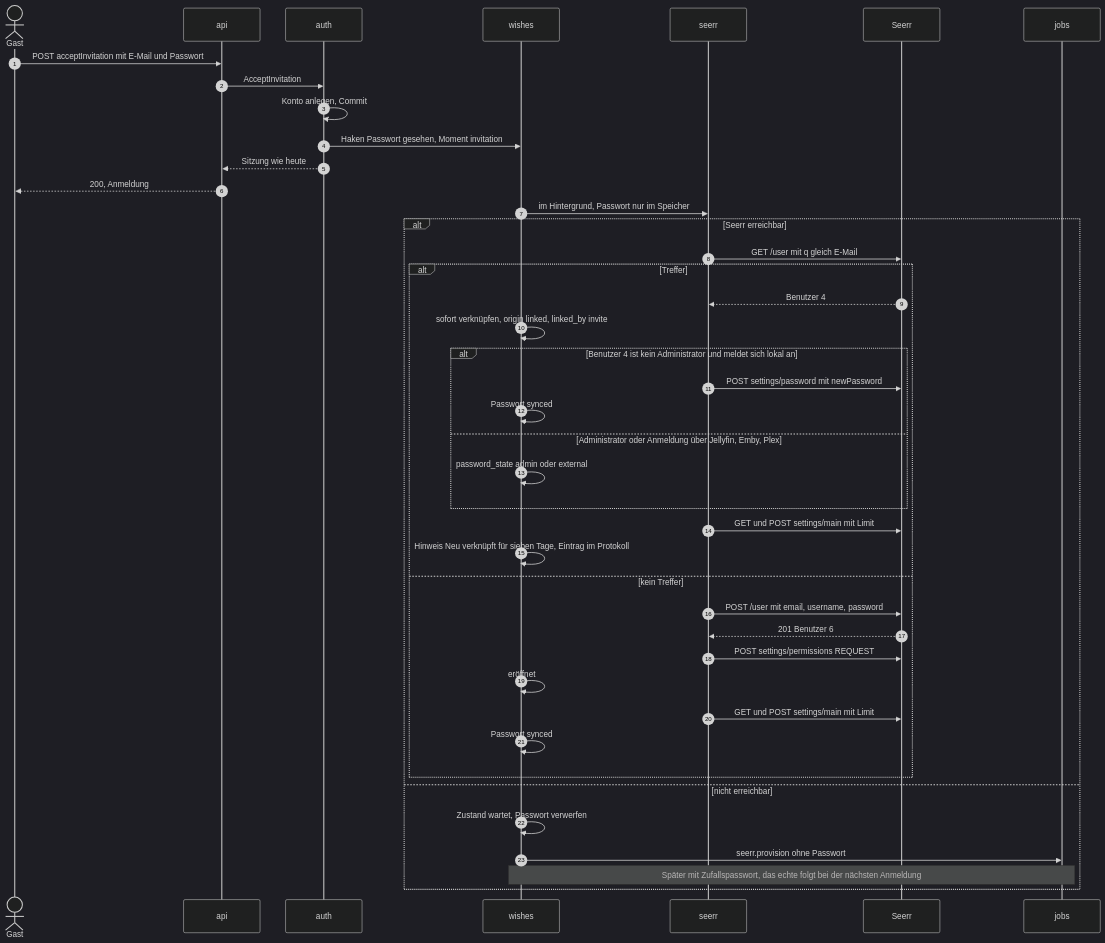
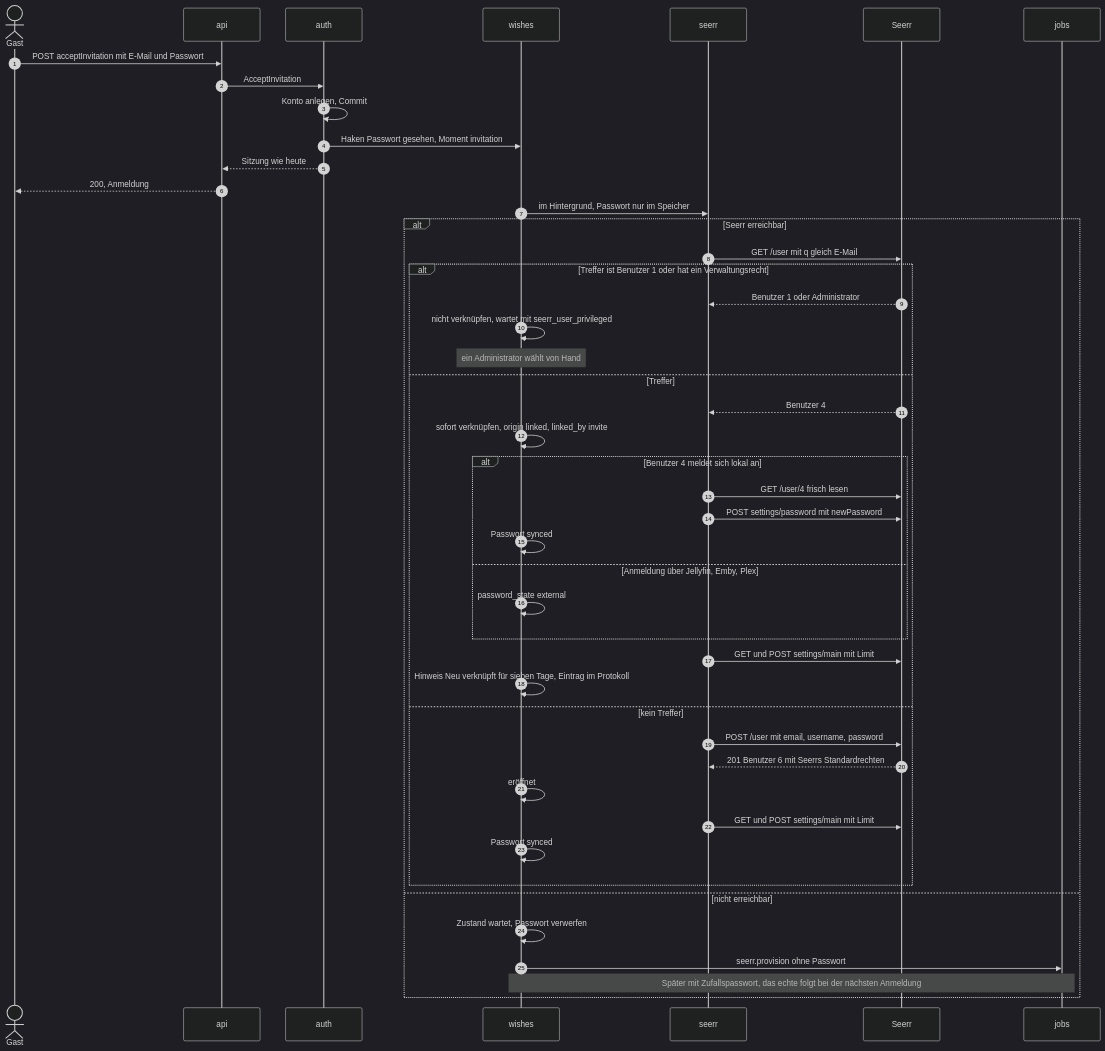
One commit to SlouchCat/slouchcat changed the seventh of 12 diagrams in docs/planning/25-medienwuensche/03-architektur.md. Above: the diagram before and after it, drawn with Mermaid (dark theme). The commit also changed other lines of this file and 11 other files, not shown here.

````diff
--- a/docs/planning/25-medienwuensche/03-architektur.md
+++ b/docs/planning/25-medienwuensche/03-architektur.md
@@ -1260,45 +1321,49 @@
 ```mermaid
 sequenceDiagram
   autonumber
   actor G as Gast
   participant A as api
   participant AU as auth
   participant W as wishes
   participant S as seerr
   participant J as Seerr
   participant Q as jobs
 
   G->>A: POST acceptInvitation mit E-Mail und Passwort
   A->>AU: AcceptInvitation
   AU->>AU: Konto anlegen, Commit
   AU->>W: Haken Passwort gesehen, Moment invitation
   AU-->>A: Sitzung wie heute
   A-->>G: 200, Anmeldung
   W->>S: im Hintergrund, Passwort nur im Speicher
   alt Seerr erreichbar
     S->>J: GET /user mit q gleich E-Mail
-    alt Treffer
+    alt Treffer ist Benutzer 1 oder hat ein Verwaltungsrecht
+      J-->>S: Benutzer 1 oder Administrator
+      W->>W: nicht verknüpfen, wartet mit seerr_user_privileged
+      Note over W: ein Administrator wählt von Hand
+    else Treffer
       J-->>S: Benutzer 4
       W->>W: sofort verknüpfen, origin linked, linked_by invite
-      alt Benutzer 4 ist kein Administrator und meldet sich lokal an
+      alt Benutzer 4 meldet sich lokal an
+        S->>J: GET /user/4 frisch lesen
         S->>J: POST settings/password mit newPassword
         W->>W: Passwort synced
-      else Administrator oder Anmeldung über Jellyfin, Emby, Plex
-        W->>W: password_state admin oder external
+      else Anmeldung über Jellyfin, Emby, Plex
+        W->>W: password_state external
       end
       S->>J: GET und POST settings/main mit Limit
       W->>W: Hinweis Neu verknüpft für sieben Tage, Eintrag im Protokoll
     else kein Treffer
       S->>J: POST /user mit email, username, password
-      J-->>S: 201 Benutzer 6
-      S->>J: POST settings/permissions REQUEST
+      J-->>S: 201 Benutzer 6 mit Seerrs Standardrechten
       W->>W: eröffnet
       S->>J: GET und POST settings/main mit Limit
       W->>W: Passwort synced
     end
   else nicht erreichbar
     W->>W: Zustand wartet, Passwort verwerfen
     W->>Q: seerr.provision ohne Passwort
     Note over W,Q: Später mit Zufallspasswort, das echte folgt bei der nächsten Anmeldung
   end
 ```
````
